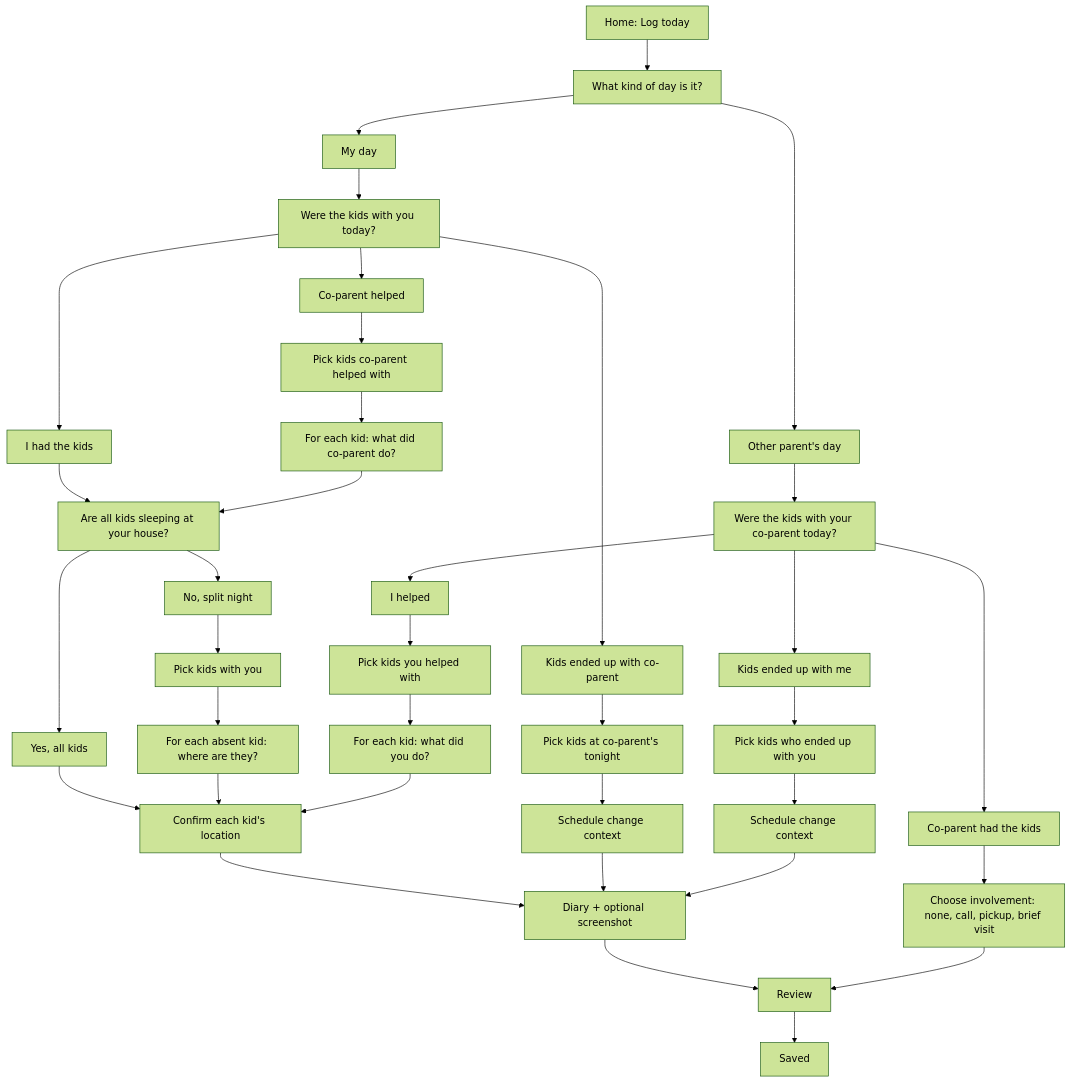
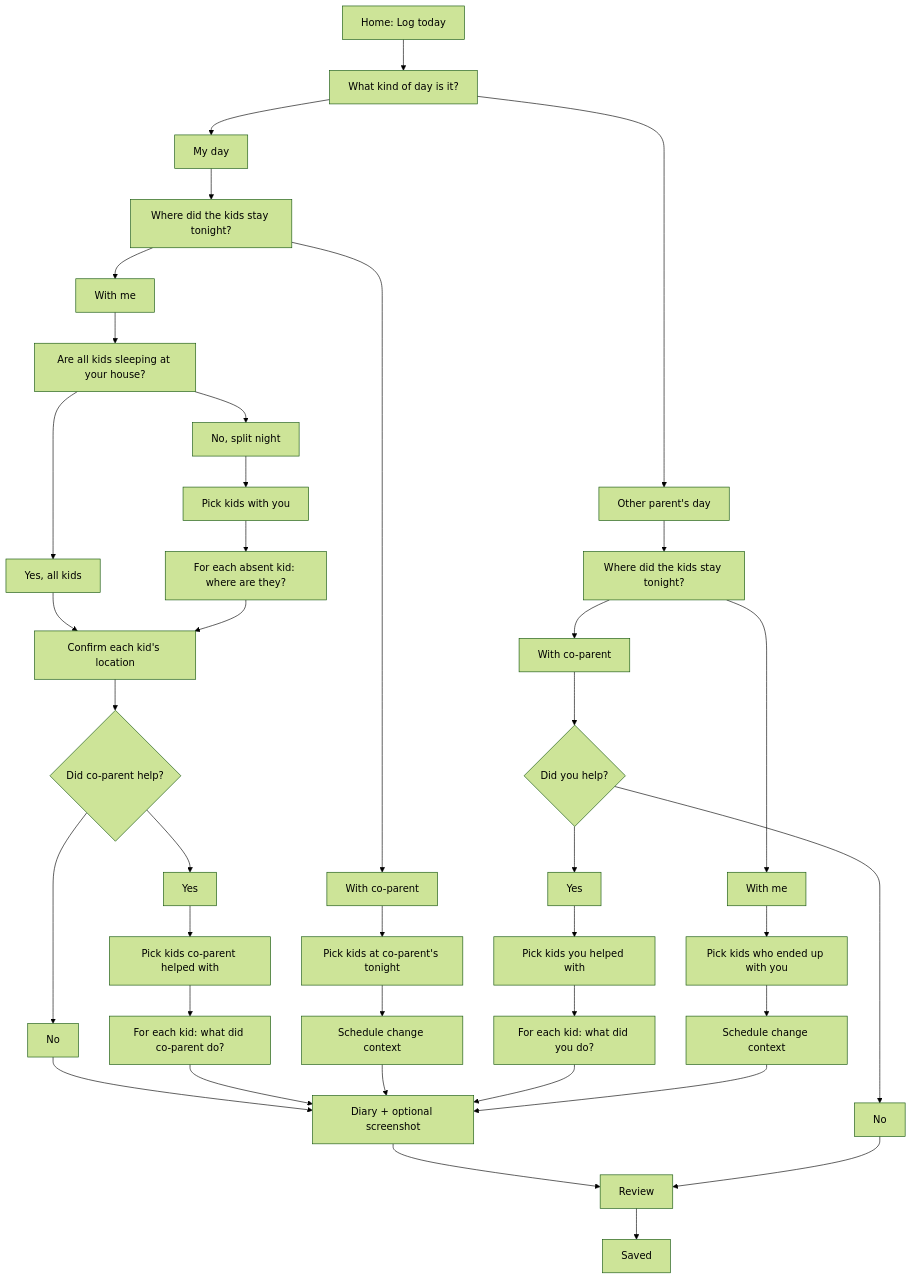
The first of 2 diagrams in DECISION_TREE.md (smrif/thomjrepo), drawn with Mermaid (forest theme) before and after one commit. The commit also changed other lines of this file and 6 other files, not shown here.

````diff
--- a/DECISION_TREE.md
+++ b/DECISION_TREE.md
@@ -7,48 +7,49 @@
 ```mermaid
 flowchart TD
   Start["Home: Log today"] --> DayType["What kind of day is it?"]
 
   DayType --> MyDay["My day"]
   DayType --> TheirDay["Other parent's day"]
 
   Review --> Saved["Saved"]
 
-  MyDay --> MyDayActual["Were the kids with you today?"]
-  MyDayActual --> MyNormal["I had the kids"]
-  MyDayActual --> CoParentHelped["Co-parent helped"]
-  MyDayActual --> KidsAtCoParent["Kids ended up with co-parent"]
+  MyDay --> MyDayActual["Where did the kids stay tonight?"]
+  MyDayActual --> MyNormal["With me"]
+  MyDayActual --> KidsAtCoParent["With co-parent"]
 
   MyNormal --> AllKidsHome["Are all kids sleeping at your house?"]
   AllKidsHome --> AllYes["Yes, all kids"]
   AllKidsHome --> SplitNight["No, split night"]
   AllYes --> KidsConfirm["Confirm each kid's location"]
   SplitNight --> PickKidsHome["Pick kids with you"]
   PickKidsHome --> AbsentLoop["For each absent kid: where are they?"]
   AbsentLoop --> KidsConfirm
-  KidsConfirm --> Diary["Diary + optional screenshot"]
+  KidsConfirm --> CoParentHelped{"Did co-parent help?"}
+  CoParentHelped --> NoCoParentHelp["No"]
+  CoParentHelped --> YesCoParentHelp["Yes"]
+  NoCoParentHelp --> Diary["Diary + optional screenshot"]
+  YesCoParentHelp --> PickCoParentHelpedKids["Pick kids co-parent helped with"]
+  PickCoParentHelpedKids --> CoParentHelpedActivity["For each kid: what did co-parent do?"]
+  CoParentHelpedActivity --> Diary
   Diary --> Review
-
-  CoParentHelped --> PickCoParentHelpedKids["Pick kids co-parent helped with"]
-  PickCoParentHelpedKids --> CoParentHelpedActivity["For each kid: what did co-parent do?"]
-  CoParentHelpedActivity --> AllKidsHome
 
   KidsAtCoParent --> PickKidsAtCoParent["Pick kids at co-parent's tonight"]
   PickKidsAtCoParent --> ChangeContextDadDay["Schedule change context"]
   ChangeContextDadDay --> Diary
 
-  TheirDay --> TheirDayActual["Were the kids with your co-parent today?"]
-  TheirDayActual --> CoParentHadKids["Co-parent had the kids"]
-  TheirDayActual --> IHelped["I helped"]
-  TheirDayActual --> KidsWithMe["Kids ended up with me"]
+  TheirDay --> TheirDayActual["Where did the kids stay tonight?"]
+  TheirDayActual --> CoParentHadKids["With co-parent"]
+  TheirDayActual --> KidsWithMe["With me"]
 
-  CoParentHadKids --> EasyInvolvement["Choose involvement: none, call, pickup, brief visit"]
-  EasyInvolvement --> Review
-
-  IHelped --> PickHelpedKids["Pick kids you helped with"]
+  CoParentHadKids --> IHelped{"Did you help?"}
+  IHelped --> NoIHelped["No"]
+  IHelped --> YesIHelped["Yes"]
+  NoIHelped --> Review
+  YesIHelped --> PickHelpedKids["Pick kids you helped with"]
   PickHelpedKids --> HelpedActivity["For each kid: what did you do?"]
-  HelpedActivity --> KidsConfirm
+  HelpedActivity --> Diary
 
   KidsWithMe --> PickKidsWithMe["Pick kids who ended up with you"]
   PickKidsWithMe --> ChangeContextTheirDay["Schedule change context"]
   ChangeContextTheirDay --> Diary
 ```
````
